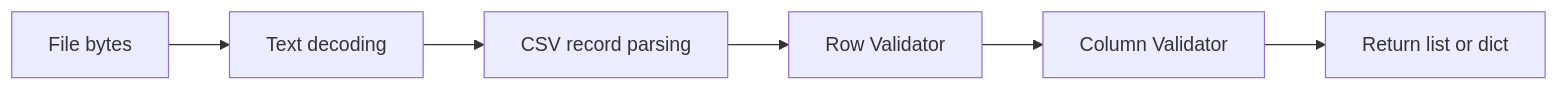
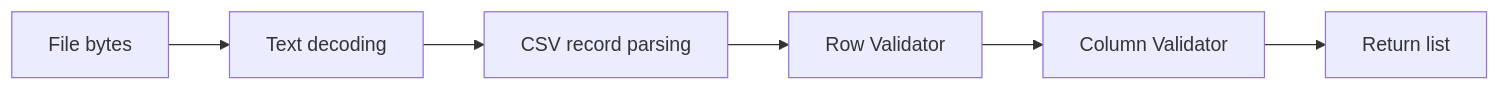
Before and after one commit to yong5eon/csvd2c: the first of 3 diagrams in docs/README.en.md, drawn with Mermaid. The commit also changed other lines of this file and 45 other files, not shown here.

````diff
--- a/docs/README.en.md
+++ b/docs/README.en.md
@@ -11,8 +11,8 @@
 ```mermaid
 flowchart LR
   A["File bytes"] --> B["Text decoding"]
   B --> C["CSV record parsing"]
   C --> D["Row Validator"]
   D --> E["Column Validator"]
-  E --> F["Return list or dict"]
+  E --> F["Return list"]
 ```
````
